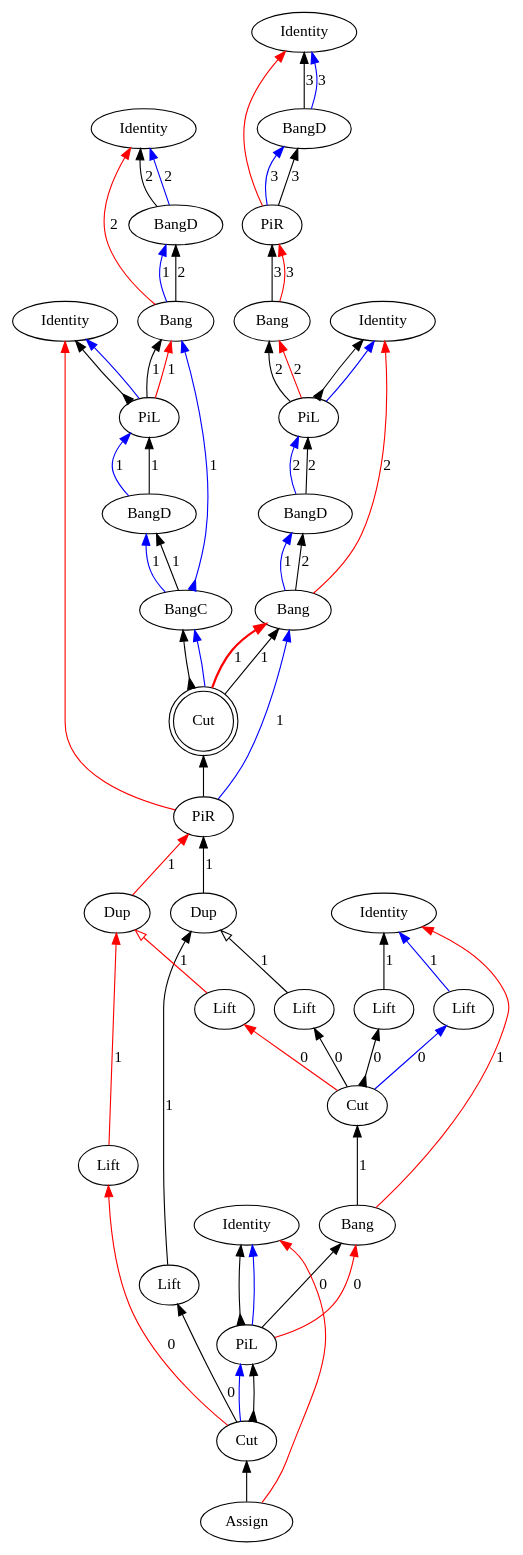
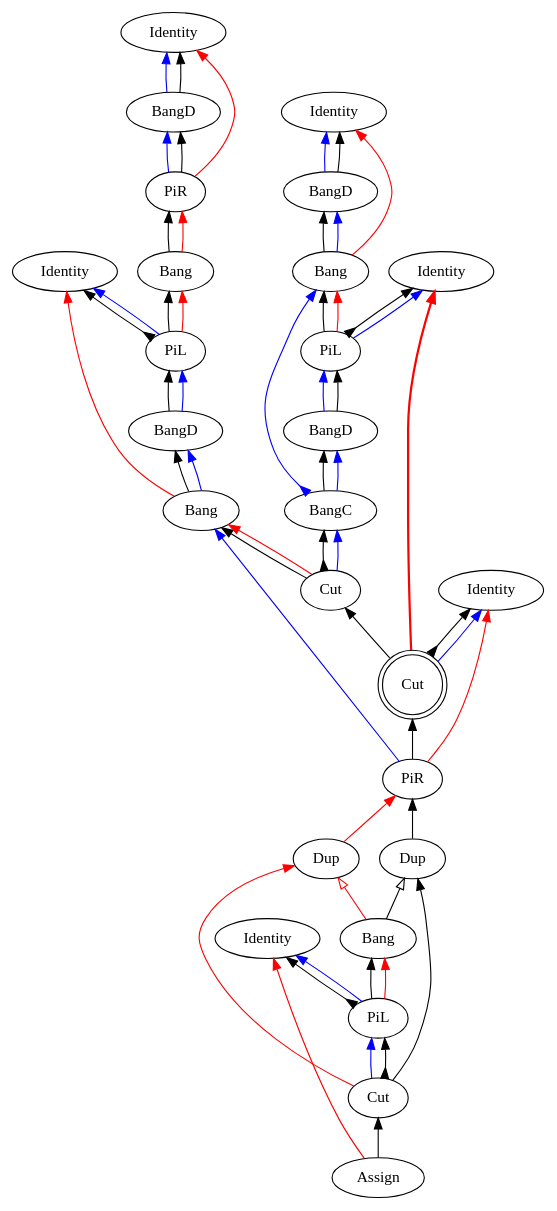
One commit to Mathnerd314/stroscot changed the diagram in src/core/graphs/example_m_11.dot. Above: the diagram before and after it, drawn with Graphviz. The commit also changed 88 other files, not shown here.

```diff
--- a/src/core/graphs/example_m_11.dot
+++ b/src/core/graphs/example_m_11.dot
@@ -1,96 +1,84 @@
 digraph {
 rankdir="BT"
 "Identity0" [label="Identity"]
 "BangD1" [label="BangD"]
 "PiR2" [label="PiR"]
 "Bang3" [label="Bang"]
 "Identity4" [label="Identity"]
 "PiL5" [label="PiL"]
 "BangD6" [label="BangD"]
 "Bang7" [label="Bang"]
 "Identity8" [label="Identity"]
-"BangD9" [label="BangD"]
-"Bang10" [label="Bang"]
-"Identity11" [label="Identity"]
-"PiL12" [label="PiL"]
-"BangD13" [label="BangD"]
-"BangC14" [label="BangC"]
-"PiR15" [label="PiR"]
-"Identity16" [label="Identity"]
+"Identity9" [label="Identity"]
+"BangD10" [label="BangD"]
+"Bang11" [label="Bang"]
+"Identity12" [label="Identity"]
+"PiL13" [label="PiL"]
+"BangD14" [label="BangD"]
+"BangC15" [label="BangC"]
+"PiR16" [label="PiR"]
 "Identity17" [label="Identity"]
 "PiL18" [label="PiL"]
 "Assign19" [label="Assign"]
 "Dup20" [label="Dup"]
 "Dup21" [label="Dup"]
 "Cut22" [label="Cut"]
-"Lift23" [label="Lift"]
-"Lift24" [label="Lift"]
-"Bang25" [label="Bang"]
-"Cut26" [label="Cut"]
-"Lift27" [label="Lift"]
-"Lift28" [label="Lift"]
-"Lift29" [label="Lift"]
-"Lift30" [label="Lift"]
-"Cut31" [label="Cut",shape=doublecircle]
-"Dup20" -> "PiR15"[color=black,weight=5,tooltip="c_bseq32",label="1",arrowhead=normal,arrowtail=none,dir=both]
-"Bang10" -> "BangD9"[color=black,weight=5,tooltip="c_bseq58",label="2",arrowhead=normal,arrowtail=none,dir=both]
-"Bang7" -> "BangD6"[color=black,weight=5,tooltip="c_bseq67",label="2",arrowhead=normal,arrowtail=none,dir=both]
-"Bang3" -> "PiR2"[color=black,weight=5,tooltip="c_bseq79",label="3",arrowhead=normal,arrowtail=none,dir=both]
-"Lift23" -> "Dup20"[color=black,weight=5,tooltip="c_bseq86",label="1",arrowhead=normal,arrowtail=none,dir=both]
-"Lift28" -> "Dup20"[color=black,weight=5,tooltip="c_bseq90",label="1",arrowhead=onormal,arrowtail=none,dir=both]
-"PiL18" -> "Bang25"[color=black,weight=5,tooltip="dseq20",label="0",arrowhead=normal,arrowtail=none,dir=both]
-"PiL12" -> "Bang10"[color=black,weight=5,tooltip="dseq54",label="1",arrowhead=normal,arrowtail=none,dir=both]
-"Cut31" -> "Bang7"[color=black,weight=5,tooltip="dseq63",label="1",arrowhead=normal,arrowtail=none,dir=both]
-"PiL5" -> "Bang3"[color=black,weight=5,tooltip="dseq76",label="2",arrowhead=normal,arrowtail=none,dir=both]
-"PiR15" -> "Bang7"[color=blue,weight=2,tooltip="h34",label="1",arrowhead=normal,arrowtail=none,dir=both]
-"Bang7" -> "BangD6"[color=blue,weight=2,tooltip="hf65",label="1",arrowhead=normal,arrowtail=none,dir=both]
-"BangD6" -> "PiL5"[color=black,weight=5,tooltip="hseq72",label="2",arrowhead=normal,arrowtail=none,dir=both]
-"PiR2" -> "BangD1"[color=blue,weight=2,tooltip="i81",label="3",arrowhead=normal,arrowtail=none,dir=both]
+"Bang23" [label="Bang"]
+"Cut24" [label="Cut"]
+"Cut25" [label="Cut",shape=doublecircle]
+"Dup20" -> "PiR16"[color=black,weight=5,tooltip="c_bseq32",arrowhead=normal,arrowtail=none,dir=both]
+"Bang11" -> "BangD10"[color=black,weight=5,tooltip="c_bseq58",arrowhead=normal,arrowtail=none,dir=both]
+"Bang7" -> "BangD6"[color=black,weight=5,tooltip="c_bseq67",arrowhead=normal,arrowtail=none,dir=both]
+"Bang3" -> "PiR2"[color=black,weight=5,tooltip="c_bseq79",arrowhead=normal,arrowtail=none,dir=both]
+"Cut22" -> "Dup20"[color=black,weight=5,tooltip="c_bseq86",arrowhead=normal,arrowtail=none,dir=both]
+"PiL18" -> "Bang23"[color=black,weight=5,tooltip="dseq20",arrowhead=normal,arrowtail=none,dir=both]
+"PiL13" -> "Bang11"[color=black,weight=5,tooltip="dseq54",arrowhead=normal,arrowtail=none,dir=both]
+"Cut24" -> "Bang7"[color=black,weight=5,tooltip="dseq63",arrowhead=normal,arrowtail=none,dir=both]
+"PiL5" -> "Bang3"[color=black,weight=5,tooltip="dseq76",arrowhead=normal,arrowtail=none,dir=both]
+"PiR16" -> "Bang7"[color=blue,weight=2,tooltip="h34",arrowhead=normal,arrowtail=none,dir=both]
+"Bang7" -> "BangD6"[color=blue,weight=2,tooltip="hf65",arrowhead=normal,arrowtail=none,dir=both]
+"BangD6" -> "PiL5"[color=black,weight=5,tooltip="hseq72",arrowhead=normal,arrowtail=none,dir=both]
+"PiR2" -> "BangD1"[color=blue,weight=2,tooltip="i81",arrowhead=normal,arrowtail=none,dir=both]
 "PiL18" -> "Identity17"[color=black,weight=5,tooltip="idseq21",arrowhead=normal,arrowtail=inv,dir=both]
-"PiL12" -> "Identity11"[color=black,weight=5,tooltip="idseq55",arrowhead=normal,arrowtail=inv,dir=both]
+"PiL13" -> "Identity12"[color=black,weight=5,tooltip="idseq55",arrowhead=normal,arrowtail=inv,dir=both]
+"Cut25" -> "Identity8"[color=black,weight=5,tooltip="idseq64",arrowhead=normal,arrowtail=inv,dir=both]
 "PiL5" -> "Identity4"[color=black,weight=5,tooltip="idseq77",arrowhead=normal,arrowtail=inv,dir=both]
-"BangD1" -> "Identity0"[color=blue,weight=2,tooltip="iret84",label="3",arrowhead=normal,arrowtail=none,dir=both]
-"BangD1" -> "Identity0"[color=black,weight=5,tooltip="iseq83",label="3",arrowhead=normal,arrowtail=none,dir=both]
+"BangD1" -> "Identity0"[color=blue,weight=2,tooltip="iret84",arrowhead=normal,arrowtail=none,dir=both]
+"BangD1" -> "Identity0"[color=black,weight=5,tooltip="iseq83",arrowhead=normal,arrowtail=none,dir=both]
 "PiL18" -> "Identity17"[color=blue,weight=2,tooltip="lret19",arrowhead=normal,arrowtail=none,dir=both]
-"PiL12" -> "Identity11"[color=blue,weight=2,tooltip="lret53",arrowhead=normal,arrowtail=none,dir=both]
+"PiL13" -> "Identity12"[color=blue,weight=2,tooltip="lret53",arrowhead=normal,arrowtail=none,dir=both]
+"Cut25" -> "Identity8"[color=blue,weight=2,tooltip="lret62",arrowhead=normal,arrowtail=none,dir=both]
 "PiL5" -> "Identity4"[color=blue,weight=2,tooltip="lret75",arrowhead=normal,arrowtail=none,dir=both]
 "Cut22" -> "PiL18"[color=blue,weight=2,tooltip="lval14",arrowhead=normal,arrowtail=none,dir=both]
-"BangD13" -> "PiL12"[color=blue,weight=2,tooltip="lval48",label="1",arrowhead=normal,arrowtail=none,dir=both]
-"BangD6" -> "PiL5"[color=blue,weight=2,tooltip="lval70",label="2",arrowhead=normal,arrowtail=none,dir=both]
-"Bang25" -> "Cut26"[color=black,weight=5,tooltip="newcut_bseq100",label="1",arrowhead=normal,arrowtail=none,dir=both]
-"PiL18" -> "Bang25"[color=red,weight=2,tooltip="newrret18",label="0",arrowhead=normal,arrowtail=none,dir=both]
-"PiL12" -> "Bang10"[color=red,weight=2,tooltip="newrret52",label="1",arrowhead=normal,arrowtail=none,dir=both]
-"Cut31" -> "Bang7"[color=red,weight=2,tooltip="newrret61",label="1",arrowhead=normal,arrowtail=none,penwidth=2,dir=both]
-"PiL5" -> "Bang3"[color=red,weight=2,tooltip="newrret74",label="2",arrowhead=normal,arrowtail=none,dir=both]
-"Bang25" -> "Identity16"[color=red,weight=2,tooltip="newrretf23",label="1",arrowhead=normal,arrowtail=none,dir=both]
-"Dup21" -> "PiR15"[color=red,weight=2,tooltip="newrretf31",label="1",arrowhead=normal,arrowtail=none,dir=both]
-"Bang10" -> "Identity8"[color=red,weight=2,tooltip="newrretf57",label="2",arrowhead=normal,arrowtail=none,dir=both]
-"Bang7" -> "Identity4"[color=red,weight=2,tooltip="newrretf66",label="2",arrowhead=normal,arrowtail=none,dir=both]
-"Bang3" -> "PiR2"[color=red,weight=2,tooltip="newrretf78",label="3",arrowhead=normal,arrowtail=none,dir=both]
-"Lift24" -> "Dup21"[color=red,weight=2,tooltip="newrretf87",label="1",arrowhead=normal,arrowtail=none,dir=both]
-"Lift30" -> "Dup21"[color=red,weight=2,tooltip="newrretf91",label="1",arrowhead=onormal,arrowtail=none,dir=both]
-"PiR15" -> "Identity11"[color=red,weight=2,tooltip="ret42",arrowhead=normal,arrowtail=none,dir=both]
+"BangD14" -> "PiL13"[color=blue,weight=2,tooltip="lval48",arrowhead=normal,arrowtail=none,dir=both]
+"BangD6" -> "PiL5"[color=blue,weight=2,tooltip="lval70",arrowhead=normal,arrowtail=none,dir=both]
+"Bang23" -> "Dup20"[color=black,weight=5,tooltip="newcut_bseq100",arrowhead=onormal,arrowtail=none,dir=both]
+"PiL18" -> "Bang23"[color=red,weight=2,tooltip="newrret18",arrowhead=normal,arrowtail=none,dir=both]
+"PiL13" -> "Bang11"[color=red,weight=2,tooltip="newrret52",arrowhead=normal,arrowtail=none,dir=both]
+"Cut24" -> "Bang7"[color=red,weight=2,tooltip="newrret61",arrowhead=normal,arrowtail=none,dir=both]
+"PiL5" -> "Bang3"[color=red,weight=2,tooltip="newrret74",arrowhead=normal,arrowtail=none,dir=both]
+"Dup21" -> "PiR16"[color=red,weight=2,tooltip="newrretf31",arrowhead=normal,arrowtail=none,dir=both]
+"Bang11" -> "Identity9"[color=red,weight=2,tooltip="newrretf57",arrowhead=normal,arrowtail=none,dir=both]
+"Bang7" -> "Identity4"[color=red,weight=2,tooltip="newrretf66",arrowhead=normal,arrowtail=none,dir=both]
+"Bang3" -> "PiR2"[color=red,weight=2,tooltip="newrretf78",arrowhead=normal,arrowtail=none,dir=both]
+"Cut22" -> "Dup21"[color=red,weight=2,tooltip="newrretf87",arrowhead=normal,arrowtail=none,dir=both]
+"Bang23" -> "Dup21"[color=red,weight=2,tooltip="newrretf91",arrowhead=onormal,arrowtail=none,dir=both]
+"PiR16" -> "Identity8"[color=red,weight=2,tooltip="ret35",arrowhead=normal,arrowtail=none,dir=both]
+"Cut25" -> "Identity12"[color=red,weight=2,tooltip="ret42",arrowhead=normal,arrowtail=none,penwidth=2,dir=both]
 "Assign19" -> "Identity17"[color=red,weight=2,tooltip="ret8",arrowhead=normal,arrowtail=none,dir=both]
 "PiR2" -> "Identity0"[color=red,weight=2,tooltip="ret82",arrowhead=normal,arrowtail=none,dir=both]
-"PiR15" -> "Cut31"[color=black,weight=5,tooltip="seq33",arrowhead=normal,arrowtail=none,dir=both]
-"Cut31" -> "BangC14"[color=black,weight=5,tooltip="seq40",arrowhead=normal,arrowtail=inv,dir=both]
-"BangC14" -> "BangD13"[color=black,weight=5,tooltip="seq45",label="1",arrowhead=normal,arrowtail=none,dir=both]
-"PiR2" -> "BangD1"[color=black,weight=5,tooltip="seq80",label="3",arrowhead=normal,arrowtail=none,dir=both]
+"PiR16" -> "Cut25"[color=black,weight=5,tooltip="seq33",arrowhead=normal,arrowtail=none,dir=both]
+"Cut24" -> "BangC15"[color=black,weight=5,tooltip="seq40",arrowhead=normal,arrowtail=inv,dir=both]
+"BangC15" -> "BangD14"[color=black,weight=5,tooltip="seq45",arrowhead=normal,arrowtail=none,dir=both]
+"PiR2" -> "BangD1"[color=black,weight=5,tooltip="seq80",arrowhead=normal,arrowtail=none,dir=both]
 "Assign19" -> "Cut22"[color=black,weight=5,tooltip="seqBC94",arrowhead=normal,arrowtail=none,dir=both]
-"Cut26" -> "Lift27"[color=black,weight=5,tooltip="seqDD103",label="0",arrowhead=normal,arrowtail=inv,dir=both]
-"Cut26" -> "Lift29"[color=blue,weight=2,tooltip="seqDE104",label="0",arrowhead=normal,arrowtail=none,dir=both]
-"Cut26" -> "Lift30"[color=red,weight=2,tooltip="seqDM102",label="0",arrowhead=normal,arrowtail=none,dir=both]
-"Cut22" -> "Lift24"[color=red,weight=2,tooltip="seqDM96",label="0",arrowhead=normal,arrowtail=none,dir=both]
-"Cut26" -> "Lift28"[color=black,weight=5,tooltip="seqDS101",label="0",arrowhead=normal,arrowtail=none,dir=both]
-"Cut22" -> "Lift23"[color=black,weight=5,tooltip="seqDS95",label="0",arrowhead=normal,arrowtail=none,dir=both]
-"Lift29" -> "Identity16"[color=blue,weight=2,tooltip="xret26",label="1",arrowhead=normal,arrowtail=none,dir=both]
+"Cut25" -> "Cut24"[color=black,weight=5,tooltip="seqP105",arrowhead=normal,arrowtail=none,dir=both]
 "Cut22" -> "PiL18"[color=black,weight=5,tooltip="xseq16",arrowhead=normal,arrowtail=inv,dir=both]
-"Lift27" -> "Identity16"[color=black,weight=5,tooltip="xseq25",label="1",arrowhead=normal,arrowtail=none,dir=both]
-"Cut31" -> "BangC14"[color=blue,weight=2,tooltip="y41",arrowhead=normal,arrowtail=none,dir=both]
-"BangC14" -> "BangD13"[color=blue,weight=2,tooltip="yA43",label="1",arrowhead=normal,arrowtail=none,dir=both]
-"BangC14" -> "Bang10"[color=blue,weight=2,tooltip="yB44",label="1",arrowhead=normal,arrowtail=inv,dir=both]
-"Bang10" -> "BangD9"[color=blue,weight=2,tooltip="yBf56",label="1",arrowhead=normal,arrowtail=none,dir=both]
-"BangD9" -> "Identity8"[color=blue,weight=2,tooltip="yret60",label="2",arrowhead=normal,arrowtail=none,dir=both]
-"BangD13" -> "PiL12"[color=black,weight=5,tooltip="yseq50",label="1",arrowhead=normal,arrowtail=none,dir=both]
-"BangD9" -> "Identity8"[color=black,weight=5,tooltip="yseq59",label="2",arrowhead=normal,arrowtail=none,dir=both]
+"Cut24" -> "BangC15"[color=blue,weight=2,tooltip="y41",arrowhead=normal,arrowtail=none,dir=both]
+"BangC15" -> "BangD14"[color=blue,weight=2,tooltip="yA43",arrowhead=normal,arrowtail=none,dir=both]
+"BangC15" -> "Bang11"[color=blue,weight=2,tooltip="yB44",arrowhead=normal,arrowtail=inv,dir=both]
+"Bang11" -> "BangD10"[color=blue,weight=2,tooltip="yBf56",arrowhead=normal,arrowtail=none,dir=both]
+"BangD10" -> "Identity9"[color=blue,weight=2,tooltip="yret60",arrowhead=normal,arrowtail=none,dir=both]
+"BangD14" -> "PiL13"[color=black,weight=5,tooltip="yseq50",arrowhead=normal,arrowtail=none,dir=both]
+"BangD10" -> "Identity9"[color=black,weight=5,tooltip="yseq59",arrowhead=normal,arrowtail=none,dir=both]
 }
```
